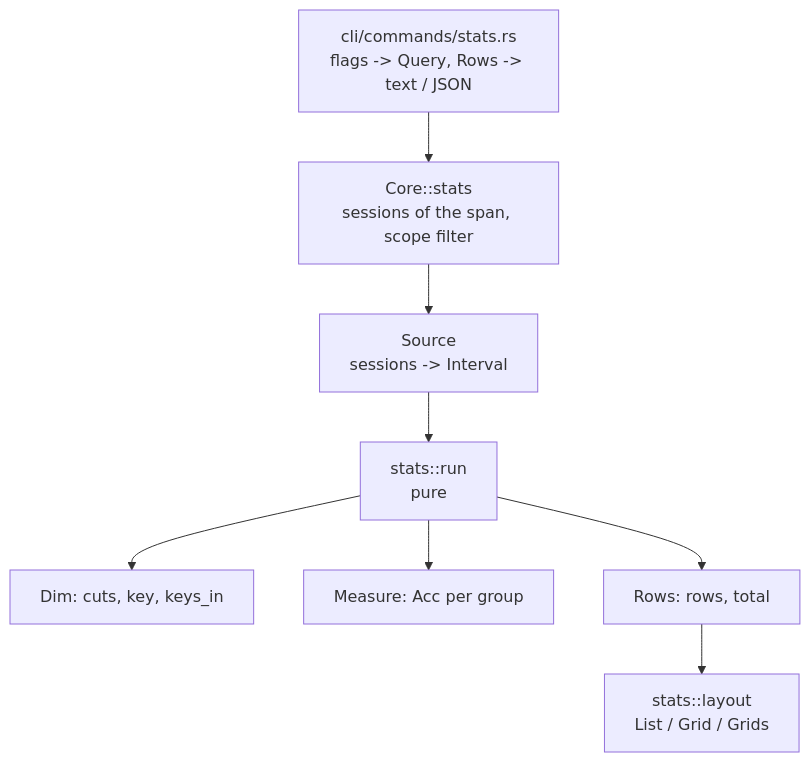
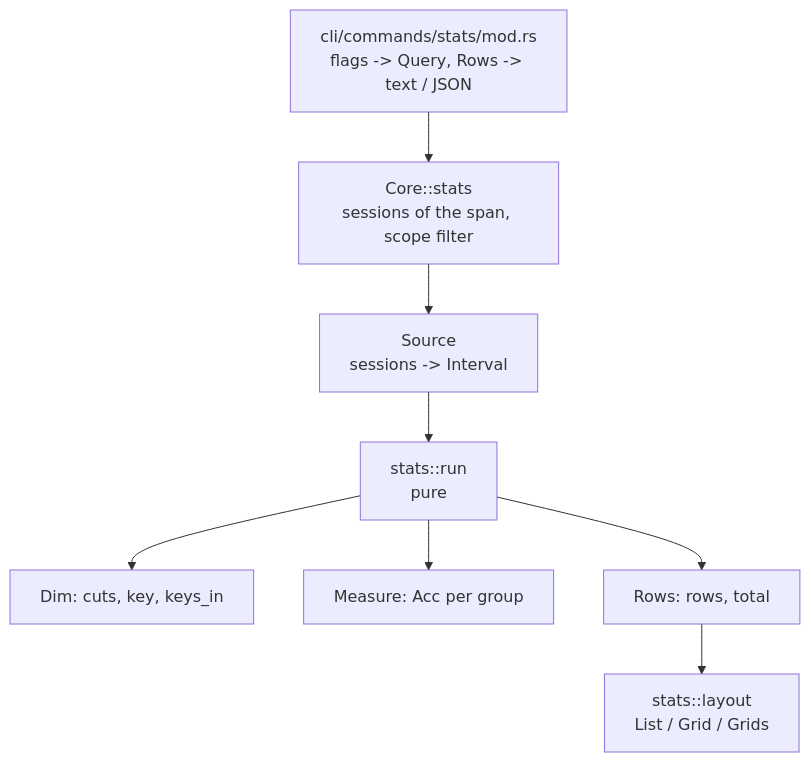
Before and after one commit to jqyDee/udo: the diagram in docs/architecture/stats.md, drawn with Mermaid. The commit also changed other lines of this file, not shown here.

Commit message:
docs(stats): correct the engine guide (#10)

````diff
--- a/docs/architecture/stats.md
+++ b/docs/architecture/stats.md
@@ -9,10 +9,10 @@
 ```mermaid
 flowchart TD
-    cli["cli/commands/stats.rs<br/>flags -> Query, Rows -> text / JSON"] --> core_stats["Core::stats<br/>sessions of the span, scope filter"]
+    cli["cli/commands/stats/mod.rs<br/>flags -> Query, Rows -> text / JSON"] --> core_stats["Core::stats<br/>sessions of the span, scope filter"]
     core_stats --> source["Source<br/>sessions -> Interval"]
     source --> run["stats::run<br/>pure"]
     run --> dims["Dim: cuts, key, keys_in"]
     run --> measures["Measure: Acc per group"]
     run --> rows["Rows: rows, total"]
     rows --> layout["stats::layout<br/>List / Grid / Grids"]
 ```
````
